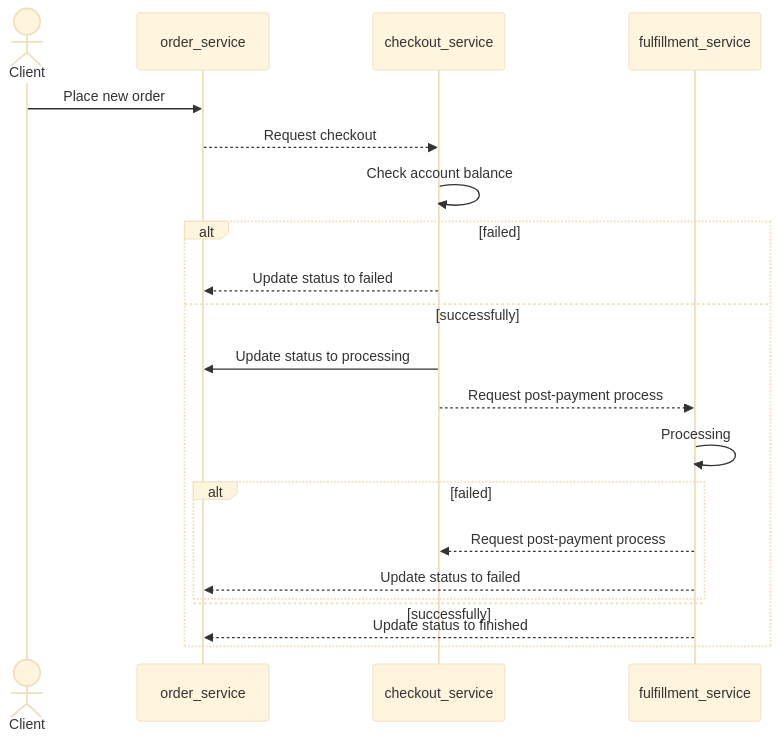
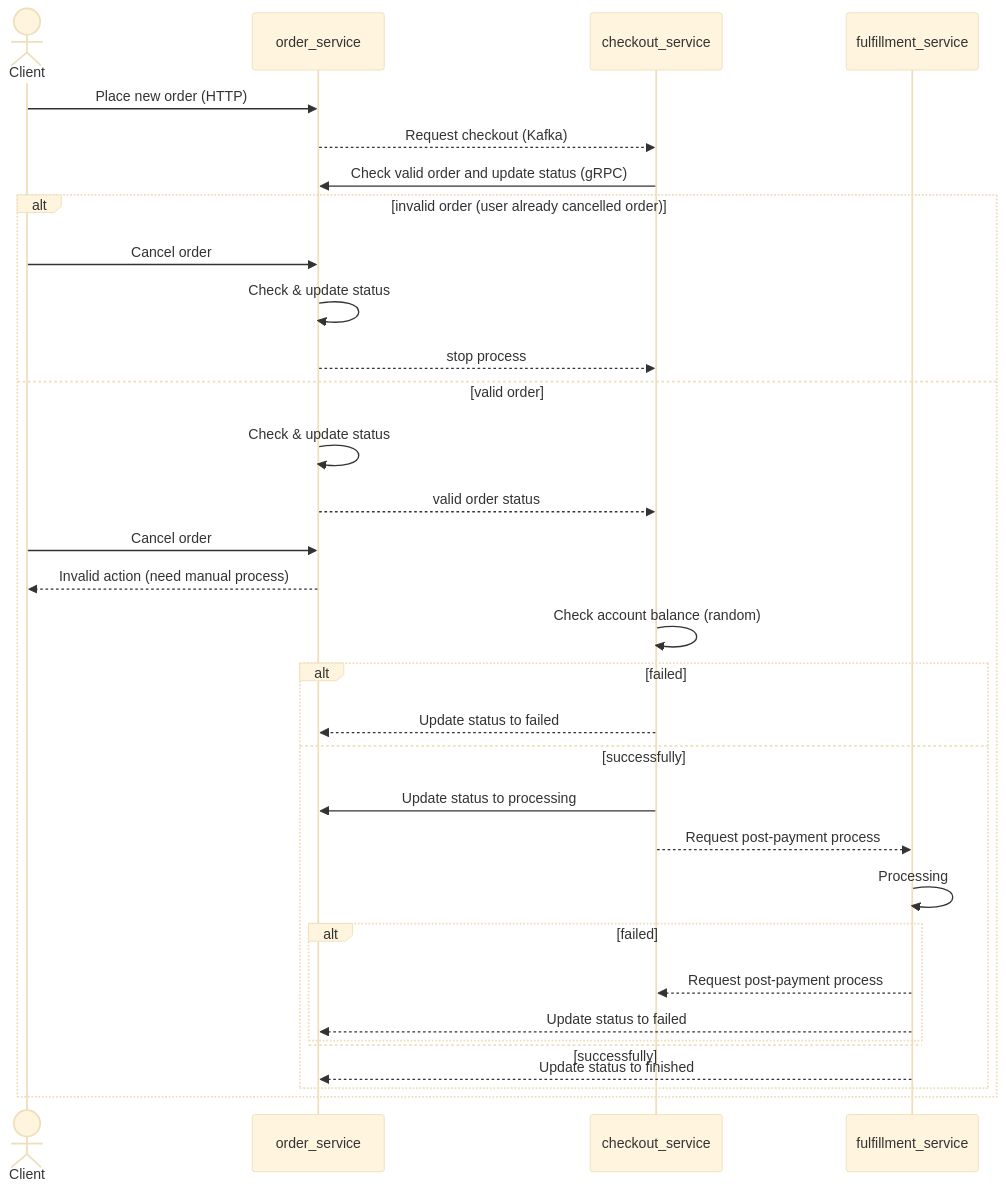
The diagram in README.md (TrungTho/saga-playground), drawn with Mermaid (base theme) before and after one commit. The commit also changed other lines of this file and 2 other files, not shown here.

Commit message:
chore(order): update order statuses for supporting cancel order

````diff
--- a/README.md
+++ b/README.md
@@ -123,24 +129,35 @@
   ```mermaid
   sequenceDiagram
     actor c as Client
     participant o as order_service
     participant ck as checkout_service
     participant f as fulfillment_service
 
-    c->>o: Place new order
-    o-->>ck: Request checkout
-    ck->>ck: Check account balance
-    alt failed
-      ck-->>o: Update status to failed
-    else successfully
-      ck->>o: Update status to processing
-      ck-->>f: Request post-payment process
-      f->>f: Processing
+    c->>o: Place new order (HTTP)
+    o-->>ck: Request checkout (Kafka)
+    ck->>o: Check valid order and update status (gRPC)
+    alt invalid order (user already cancelled order)
+      c->>o: Cancel order
+      o->>o: Check & update status
+      o-->>ck: stop process
+    else valid order
+      o->>o: Check & update status
+      o-->>ck: valid order status
+      c->>o: Cancel order
+      o-->>c: Invalid action (need manual process)
+      ck->>ck: Check account balance (random)
       alt failed
-  	    f-->>ck: Request post-payment process
-  		  f-->>o: Update status to failed
+        ck-->>o: Update status to failed
       else successfully
+        ck->>o: Update status to processing
+        ck-->>f: Request post-payment process
+        f->>f: Processing
+        alt failed
+          f-->>ck: Request post-payment process
+          f-->>o: Update status to failed
+        else successfully
+        end
+        f-->>o: Update status to finished
       end
-      f-->>o: Update status to finished
     end
   ```
````
